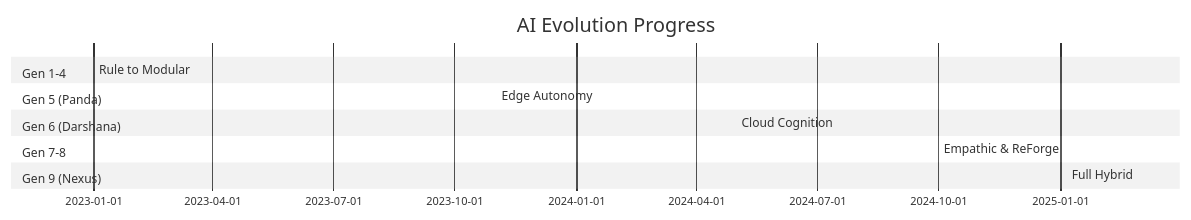
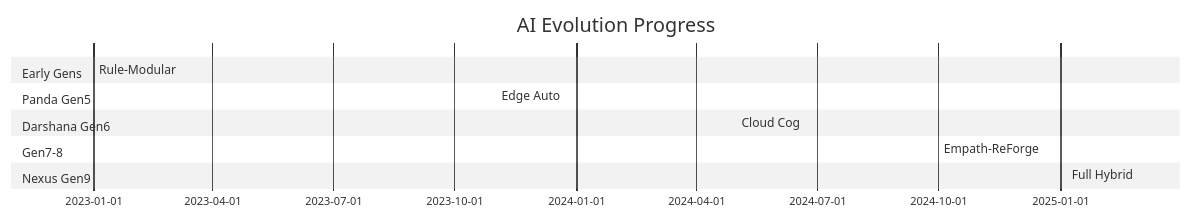
One commit to ShauryaPratapSingh070408/ShauryaPratapSingh070408 changed the third of 6 diagrams in README.md. Above: the diagram before and after it, drawn with Mermaid (neutral theme). The commit also changed other lines of this file, not shown here.

````diff
--- a/README.md
+++ b/README.md
@@ -588,15 +588,15 @@
   ```mermaid
   gantt
       title AI Evolution Progress
       dateFormat YYYY-MM-DD
-      section Gen 1-4
-      Rule to Modular :2023-01-01, 12m
-      section Gen 5 (Panda)
-      Edge Autonomy :2023-11-01, 6m
-      section Gen 6 (Darshana)
-      Cloud Cognition :2024-05-01, 8m
-      section Gen 7-8
-      Empathic & ReForge :2024-10-01, 10m
-      section Gen 9 (Nexus)
+      section Early Gens
+      Rule-Modular :2023-01-01, 12m
+      section Panda Gen5
+      Edge Auto :2023-11-01, 6m
+      section Darshana Gen6
+      Cloud Cog :2024-05-01, 8m
+      section Gen7-8
+      Empath-ReForge :2024-10-01, 10m
+      section Nexus Gen9
       Full Hybrid :2025-03-01, 6m
   ```
````
